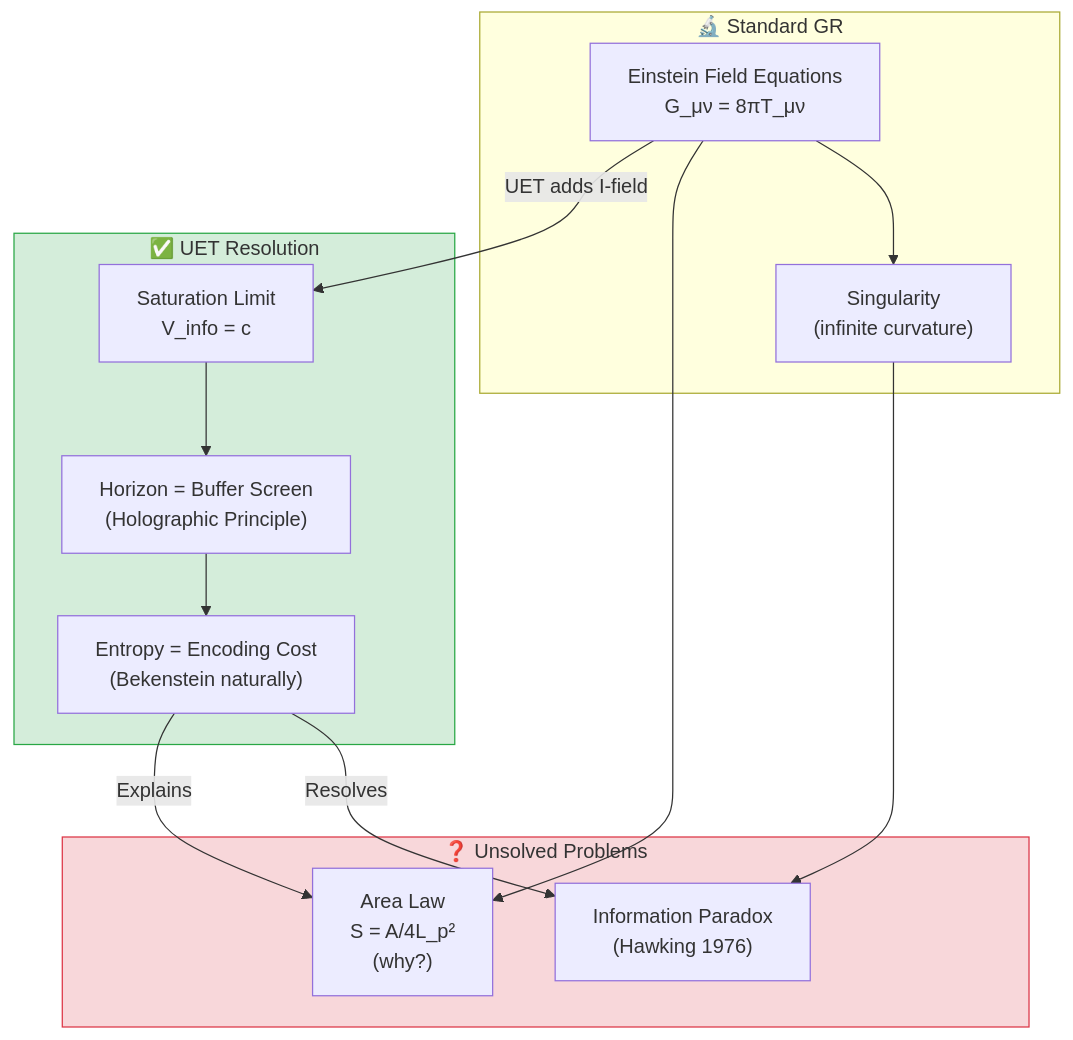
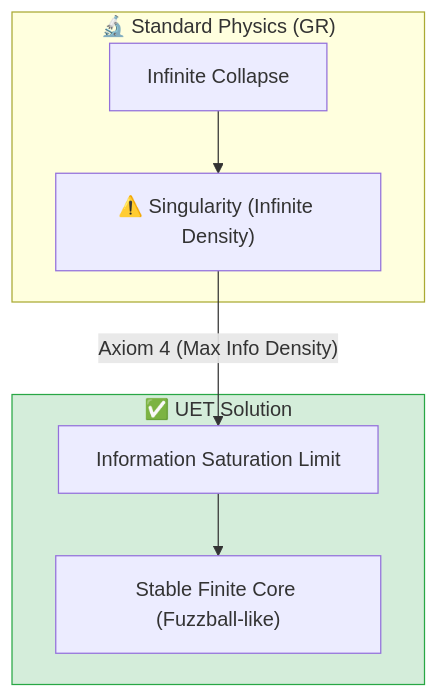
Before and after one commit to ellipszist/unityequilibriumtheory: the diagram in research_uet/topics/0.2_Black_Hole_Physics/README.md, drawn with Mermaid. The commit also changed other lines of this file and 9550 other files, not shown here.

Commit message:
feat(v0.9.0): UET Grand Evolution - Added Time Theory, Core Docs, and Cleanup

````diff
--- a/research_uet/topics/0.2_Black_Hole_Physics/README.md
+++ b/research_uet/topics/0.2_Black_Hole_Physics/README.md
@@ -42,31 +26,18 @@
 ```mermaid
 graph TB
-    subgraph Standard["🔬 Standard GR"]
-        GR["Einstein Field Equations<br/>G_μν = 8πT_μν"]
-        Sing["Singularity<br/>(infinite curvature)"]
+    subgraph Standard["🔬 Standard Physics (GR)"]
+        Gravity["Infinite Collapse"]
+        Singularity["⚠️ Singularity (Infinite Density)"]
     end
     
-    subgraph Puzzles["❓ Unsolved Problems"]
-        Info["Information Paradox<br/>(Hawking 1976)"]
-        Area["Area Law<br/>S = A/4L_p²<br/>(why?)"]
+    subgraph UET["✅ UET Solution"]
+        Saturation["Information Saturation Limit"]
+        StableCore["Stable Finite Core (Fuzzball-like)"]
     end
     
-    subgraph UET["✅ UET Resolution"]
-        Sat["Saturation Limit<br/>V_info = c"]
-        Screen["Horizon = Buffer Screen<br/>(Holographic Principle)"]
-        Enc["Entropy = Encoding Cost<br/>(Bekenstein naturally)"]
-    end
+    Gravity --> Singularity
+    Singularity -->|"Axiom 4 (Max Info Density)"| Saturation
+    Saturation --> StableCore
     
-    GR --> Sing
-    Sing --> Info
-    GR --> Area
-    
-    GR --> |"UET adds I-field"| Sat
-    Sat --> Screen
-    Screen --> Enc
-    Enc --> |"Resolves"| Info
-    Enc --> |"Explains"| Area
-    
-    style Puzzles fill:#f8d7da,stroke:#dc3545
     style UET fill:#d4edda,stroke:#28a745
 ```
````
